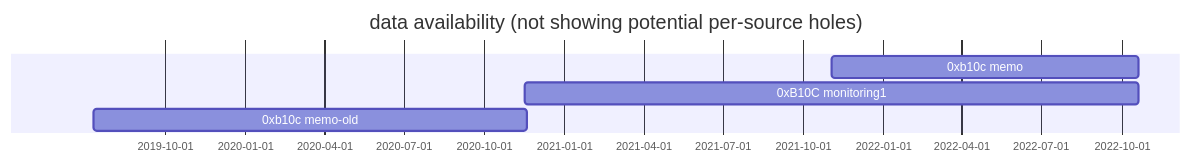
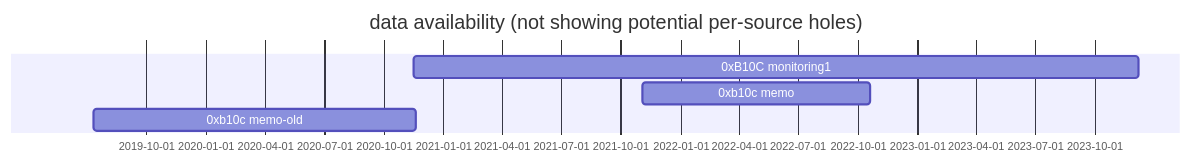
Before and after one commit to bitcoin-data/block-arrival-times: the diagram in README.md, drawn with Mermaid. The commit also changed 1 other file, not shown here.

Commit message:
add: block arrival timestamps till 820157
for monitoring1

````diff
--- a/README.md
+++ b/README.md
@@ -56,11 +56,11 @@
 ```mermaid
 gantt
 dateFormat x
 title data availability (not showing potential per-source holes)
 todayMarker off
 
+0xB10C monitoring1: 1605513978094, 1701968604513
 0xb10c memo: 1635945250000, 1666268995000
-0xB10C monitoring1: 1605513978094, 1666260553663
 0xb10c memo-old: 1562848974000, 1605772694000
 
 ```
````
